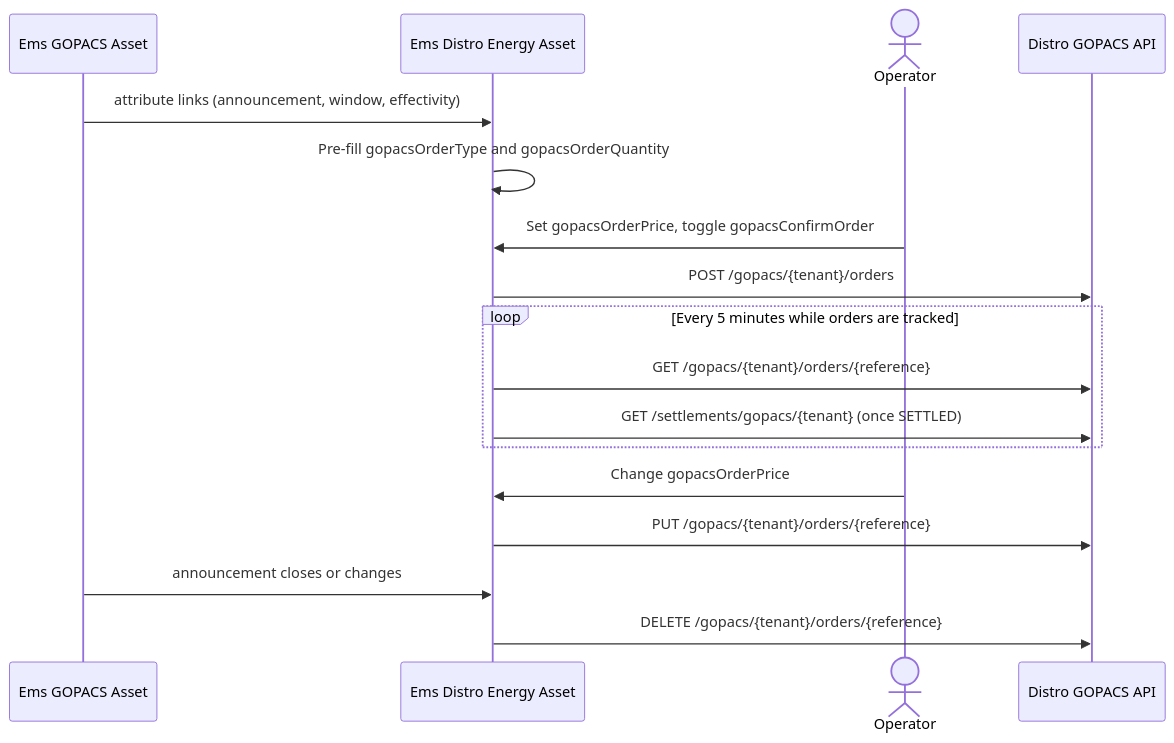
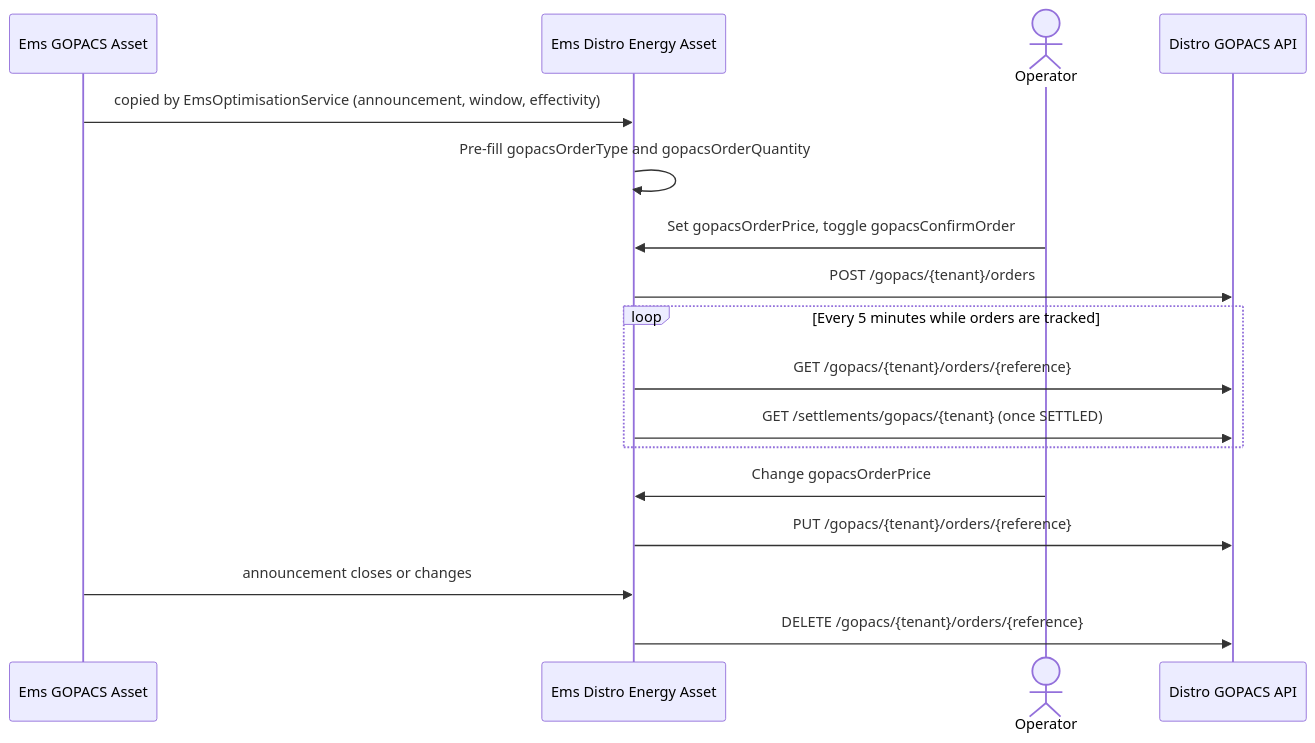
One commit to openremote/extensions changed the second of 2 diagrams in ems/docs/DistroEnergyIntegration.md. Above: the diagram before and after it, drawn with Mermaid. The commit also changed other lines of this file, not shown here.

First line of the commit message:
Document the copied GOPACS announcement inputs

````diff
--- a/ems/docs/DistroEnergyIntegration.md
+++ b/ems/docs/DistroEnergyIntegration.md
@@ -227,20 +225,20 @@
 ```mermaid
 sequenceDiagram
     participant G as Ems GOPACS Asset
     participant D as Ems Distro Energy Asset
     actor Op as Operator
     participant API as Distro GOPACS API
 
-    G->>D: attribute links (announcement, window, effectivity)
+    G->>D: copied by EmsOptimisationService (announcement, window, effectivity)
     D->>D: Pre-fill gopacsOrderType and gopacsOrderQuantity
     Op->>D: Set gopacsOrderPrice, toggle gopacsConfirmOrder
     D->>API: POST /gopacs/{tenant}/orders
     loop Every 5 minutes while orders are tracked
         D->>API: GET /gopacs/{tenant}/orders/{reference}
         D->>API: GET /settlements/gopacs/{tenant} (once SETTLED)
     end
     Op->>D: Change gopacsOrderPrice
     D->>API: PUT /gopacs/{tenant}/orders/{reference}
     G->>D: announcement closes or changes
     D->>API: DELETE /gopacs/{tenant}/orders/{reference}
 ```
````
